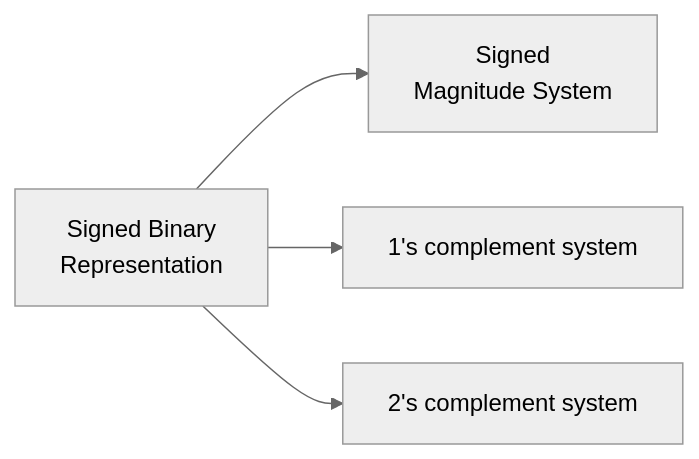
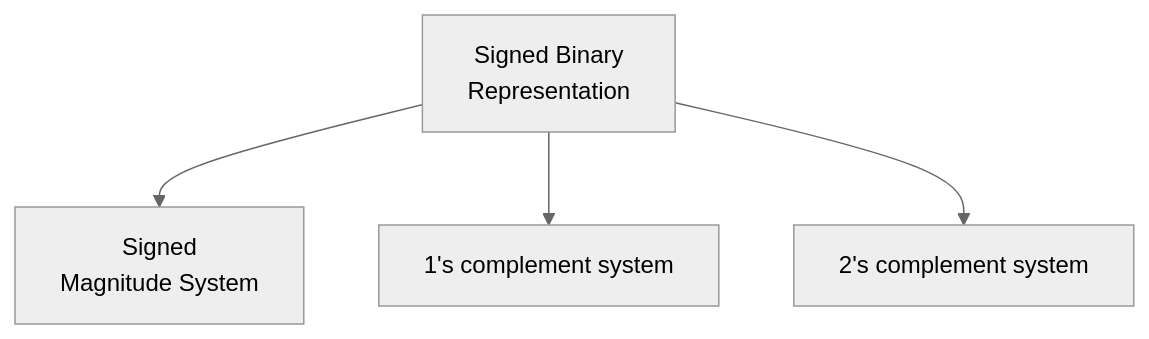
Before and after one commit to supremeimposter/My-Vault: the diagram in GATE/Digital-Logic/Number Systems/Signed Binary Numbers.md, drawn with Mermaid (neutral theme). The commit also changed other lines of this file and 11 other files, not shown here.

````diff
--- a/GATE/Digital-Logic/Number Systems/Signed Binary Numbers.md
+++ b/GATE/Digital-Logic/Number Systems/Signed Binary Numbers.md
@@ -17,6 +17,6 @@
 ```mermaid
-flowchart LR
+flowchart TD
 A[Signed Binary \nRepresentation] --> B[Signed \nMagnitude  System]
 A --> C[1's complement system]
 A --> D[2's complement system]
 ```
````
